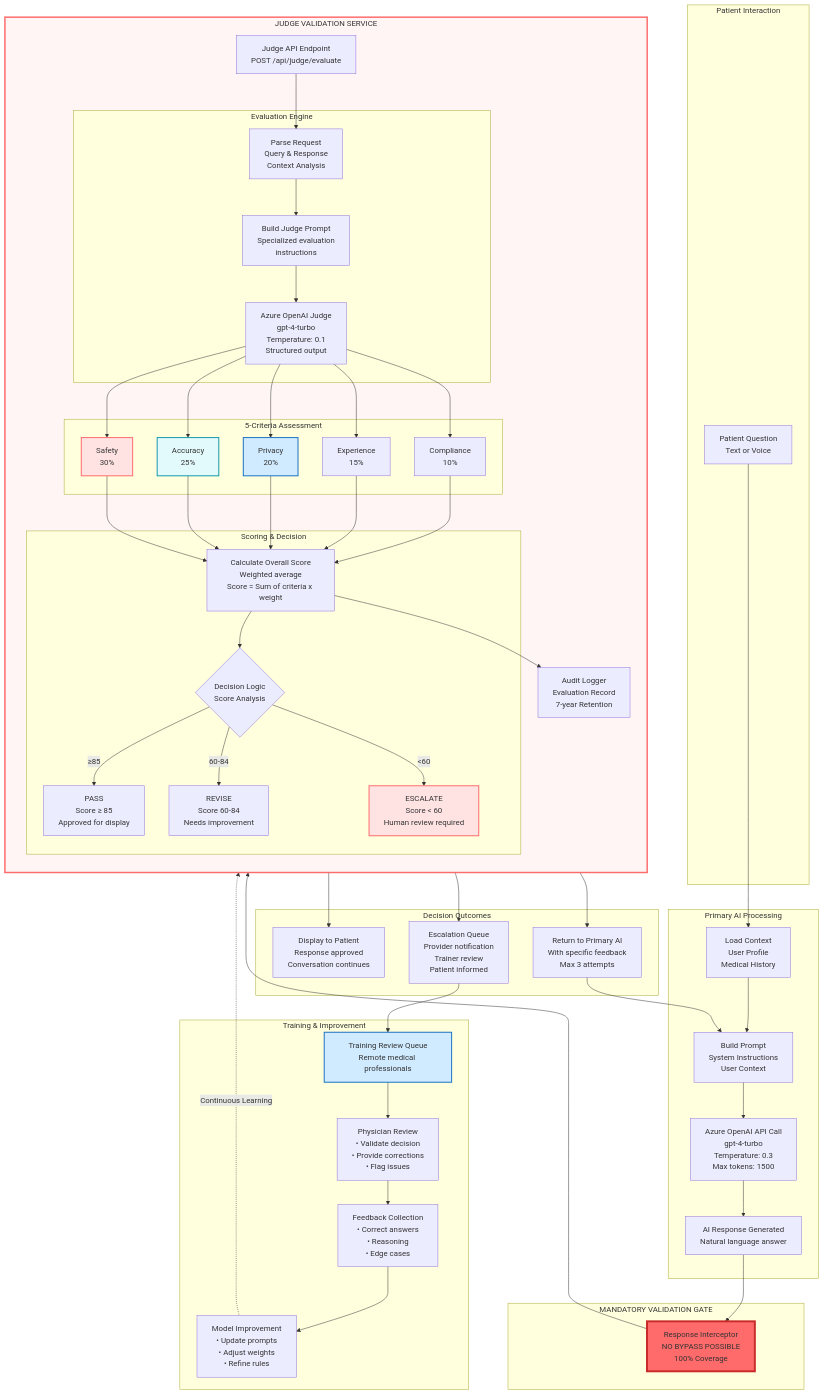
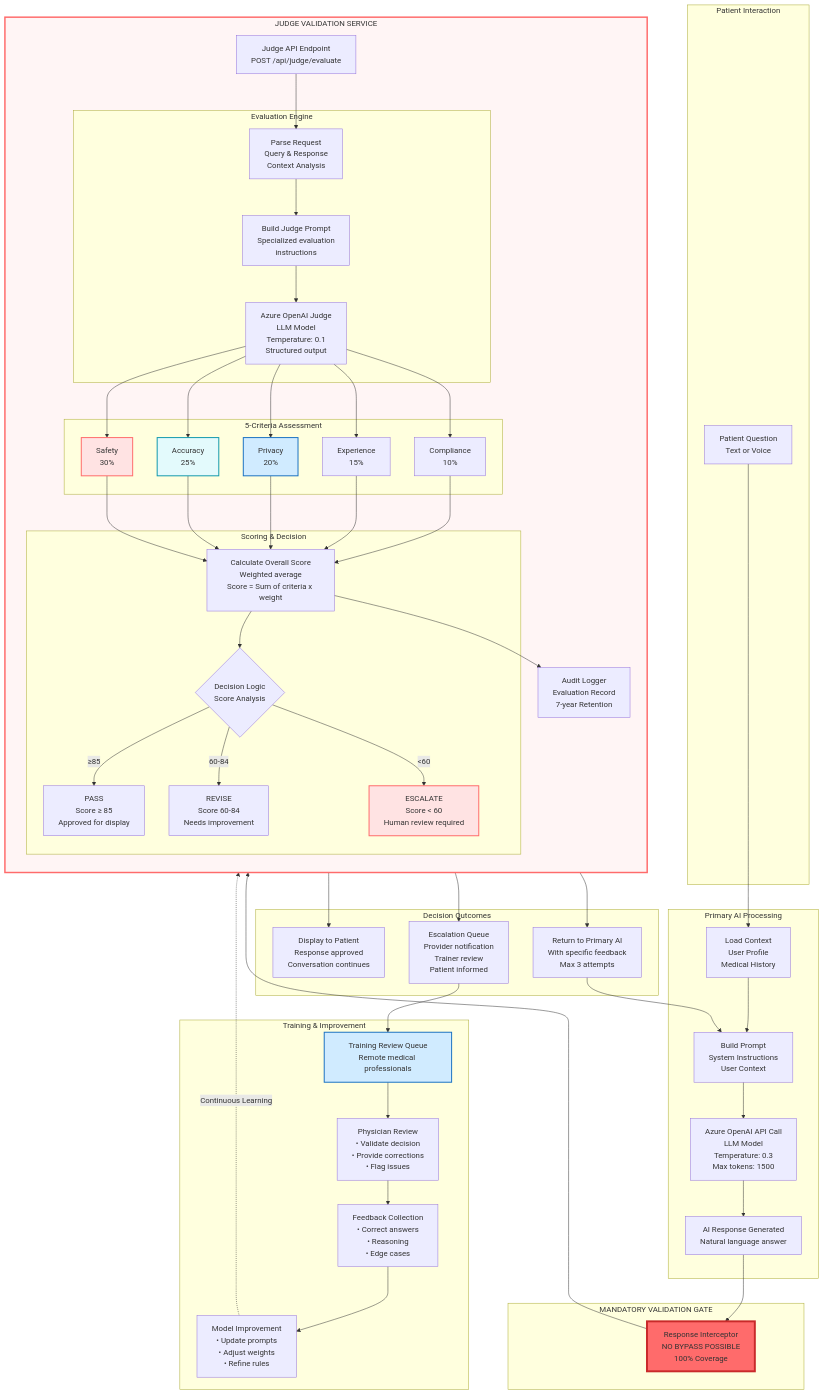
One commit to gauravpandeydigilantern/ZIA changed the second of 6 diagrams in README.md. Above: the diagram before and after it, drawn with Mermaid.

```diff
--- a/README.md
+++ b/README.md
@@ -130,7 +130,7 @@
         
         PROMPT[Build Prompt<br/>System Instructions<br/>User Context]
         
-        GENERATE[Azure OpenAI API Call<br/>gpt-4-turbo<br/>Temperature: 0.3<br/>Max tokens: 1500]
+        GENERATE[Azure OpenAI API Call<br/>LLM Model<br/>Temperature: 0.3<br/>Max tokens: 1500]
         
         RESPONSE[AI Response Generated<br/>Natural language answer]
     end
@@ -155,7 +155,7 @@
             
             BUILD[Build Judge Prompt<br/>Specialized evaluation<br/>instructions]
             
-            CALL[Azure OpenAI Judge<br/>gpt-4-turbo<br/>Temperature: 0.1<br/>Structured output]
+            CALL[Azure OpenAI Judge<br/>LLM Model<br/>Temperature: 0.1<br/>Structured output]
         end
         
         subgraph CriteriaEvaluation["5-Criteria Assessment"]
```
